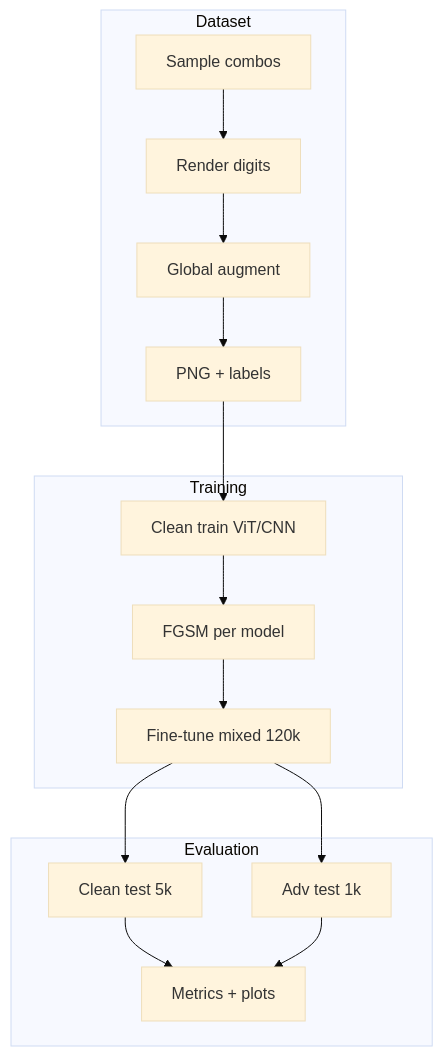
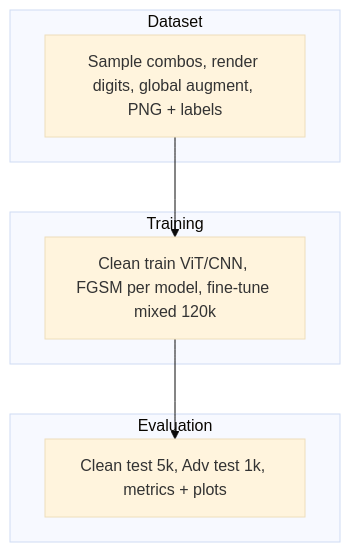
Before and after one commit to pymlex/4-captcha: the diagram in README.md, drawn with Mermaid (base theme). The commit also changed other lines of this file, not shown here.

Commit message:
Restructure README into stage blocks, fix LaTeX and mermaid.

````diff
--- a/README.md
+++ b/README.md
@@ -71,19 +71,13 @@
 ```mermaid
 flowchart TB
   subgraph generation [Dataset]
-    G1[Sample combos] --> G2[Render digits]
-    G2 --> G3[Global augment]
-    G3 --> G4[PNG + labels]
+    G[Sample combos, render digits, global augment, PNG + labels]
   end
   subgraph train [Training]
-    T1[Clean train ViT/CNN] --> T2[FGSM per model]
-    T2 --> T3[Fine-tune mixed 120k]
+    T[Clean train ViT/CNN, FGSM per model, fine-tune mixed 120k]
   end
   subgraph eval [Evaluation]
-    E1[Clean test 5k] --> E3[Metrics + plots]
-    E2[Adv test 1k] --> E3
+    E[Clean test 5k, Adv test 1k, metrics + plots]
   end
-  G4 --> T1
-  T3 --> E1
-  T3 --> E2
+  G --> T --> E
 ```
````
